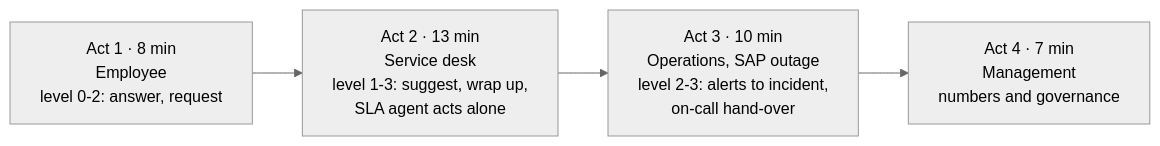
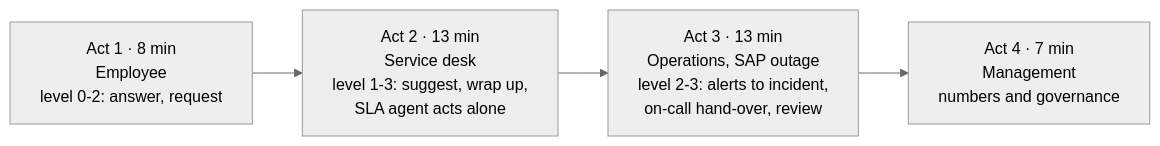
One commit to caabayfe/agenticsn changed the diagram in docs/reports/autonomous-it-everis2/08-demo-script.md. Above: the diagram before and after it, drawn with Mermaid (neutral theme). The commit also changed other lines of this file and 1 other file, not shown here.

Commit message:
docs(reports): demo scene 3.5, the post-incident review on INC0026058

````diff
--- a/docs/reports/autonomous-it-everis2/08-demo-script.md
+++ b/docs/reports/autonomous-it-everis2/08-demo-script.md
@@ -19,6 +19,6 @@
 ```mermaid
 flowchart LR
   A["Act 1 · 8 min<br/>Employee<br/>level 0-2: answer, request"] --> B["Act 2 · 13 min<br/>Service desk<br/>level 1-3: suggest, wrap up,<br/>SLA agent acts alone"]
-  B --> C["Act 3 · 10 min<br/>Operations, SAP outage<br/>level 2-3: alerts to incident,<br/>on-call hand-over"]
+  B --> C["Act 3 · 13 min<br/>Operations, SAP outage<br/>level 2-3: alerts to incident,<br/>on-call hand-over, review"]
   C --> D["Act 4 · 7 min<br/>Management<br/>numbers and governance"]
 ```
````
